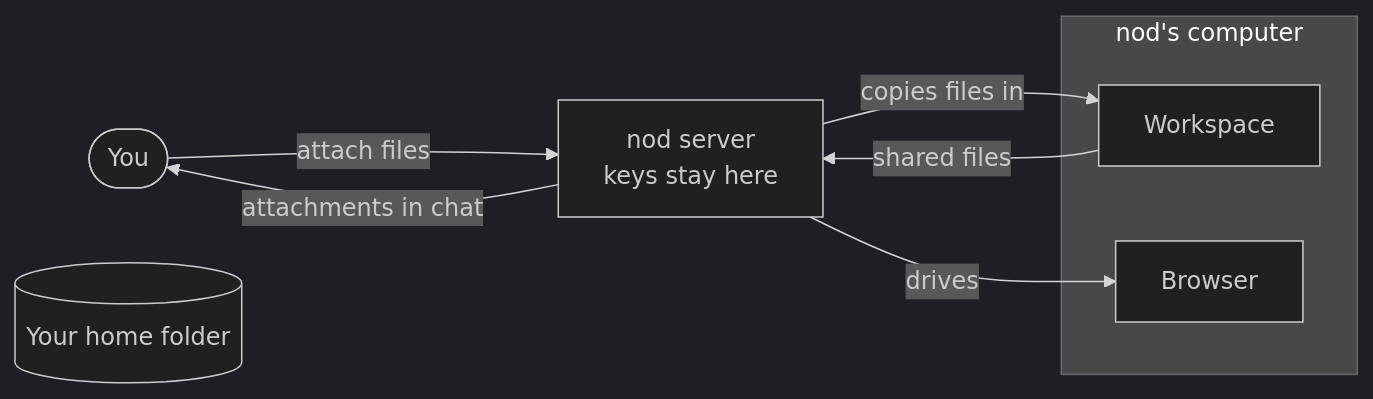
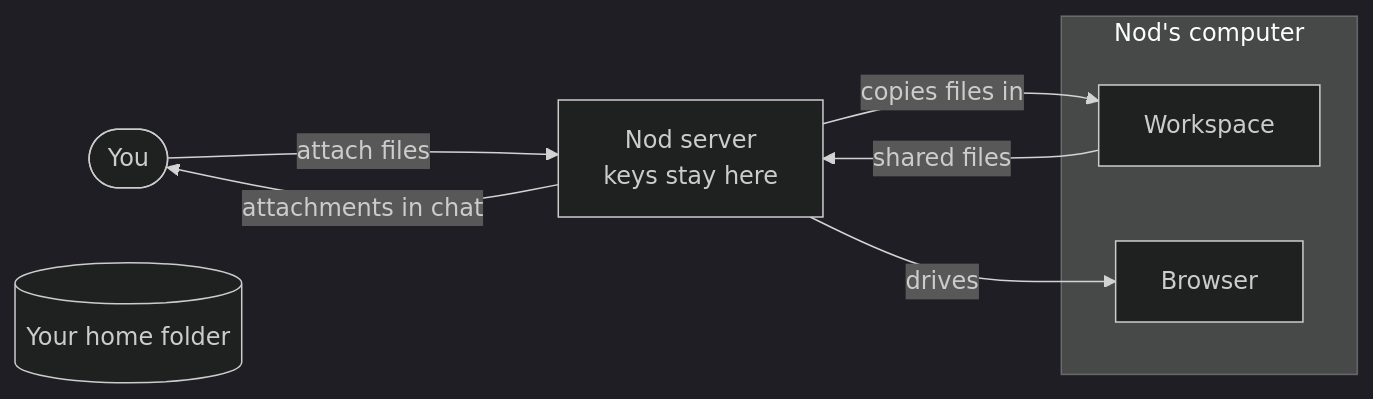
The diagram in docs/src/content/docs/use/workspace.md (KrishBhimani/nod), drawn with Mermaid (dark theme) before and after one commit. The commit also changed other lines of this file and 275 other files, not shown here.

````diff
--- a/docs/src/content/docs/use/workspace.md
+++ b/docs/src/content/docs/use/workspace.md
@@ -26,15 +26,15 @@
 ```mermaid
 flowchart LR
   you([You]):::accent
   home[(Your home folder)]:::muted
-  server[nod server<br/>keys stay here]
-  subgraph nod ["nod's computer"]
+  server[Nod server<br/>keys stay here]
+  subgraph Nod ["Nod's computer"]
     ws[Workspace]
     br[Browser]
   end
   you -- attach files --> server
   server -- copies files in --> ws
   ws -- shared files --> server
   server -- attachments in chat --> you
   server -- drives --> br
 ```
````
